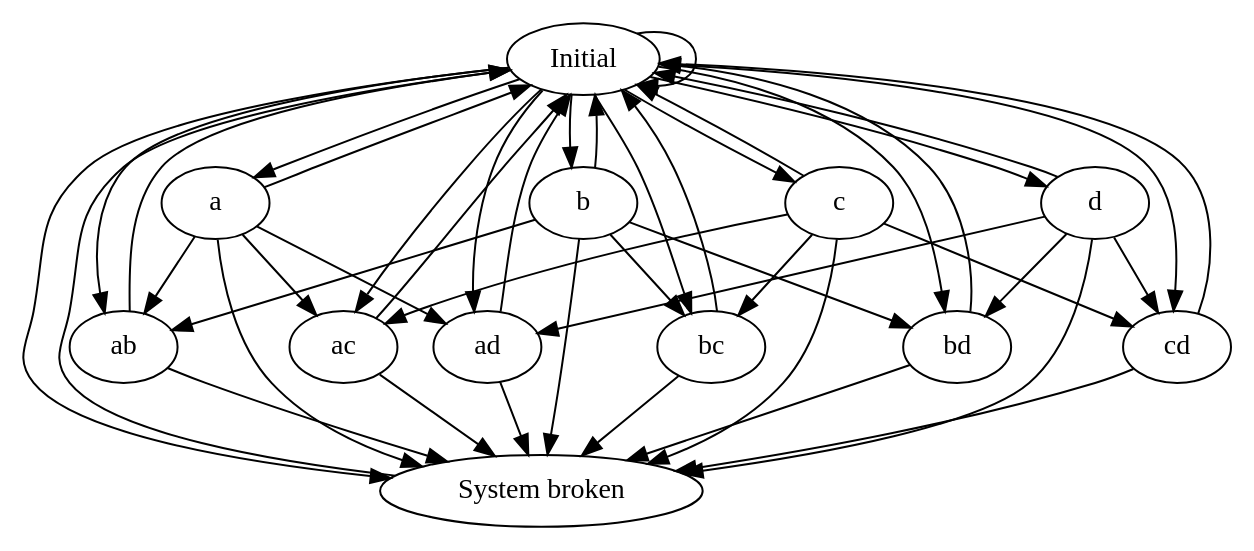
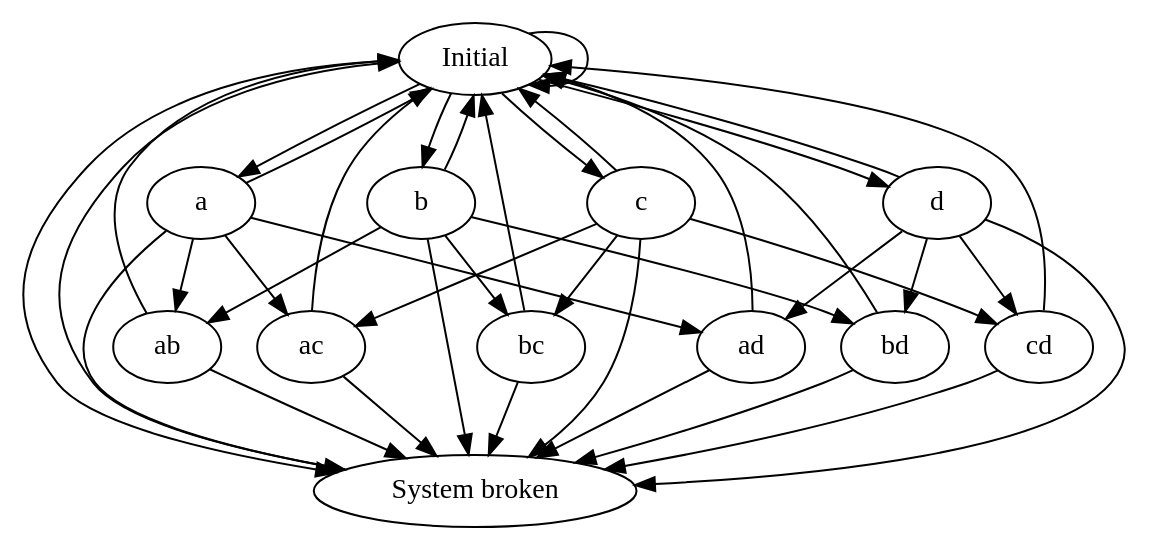
The diagram in technote/state.dot (benjambj/TFE4140), drawn with Graphviz before and after one commit.

Commit message:
Removed state transistions that does not exist from the diagram

```diff
--- a/technote/state.dot
+++ b/technote/state.dot
@@ -1,63 +1,56 @@
 digraph {
 
 s0 [label="Initial"]
 sysbrok [label="System broken"]
 
 s0 -> s0
 s0 -> a
 s0 -> b
 s0 -> c
 s0 -> d
 
 a -> ab
 a -> ac
 a -> ad
 
 b -> ab
 b -> bc
 b -> bd
 
 c -> ac
 c -> bc
 c -> cd
 
 d -> ad
 d -> bd
 d -> cd
 
-
-s0 -> ab
-s0 -> ac
-s0 -> ad
-s0 -> bc
-s0 -> bd
-s0 -> cd
 
 s0 -> sysbrok
 
 a -> sysbrok
 b -> sysbrok
 c -> sysbrok
 d -> sysbrok
 
 ab -> sysbrok
 ac -> sysbrok
 ad -> sysbrok
 bc -> sysbrok
 bd -> sysbrok
 cd -> sysbrok
 
 a -> s0
 b -> s0
 c -> s0
 d -> s0
 
 ab -> s0
 ac -> s0
 ad -> s0
 bc -> s0
 bd -> s0
 cd -> s0
 
 sysbrok -> s0
 }
```
